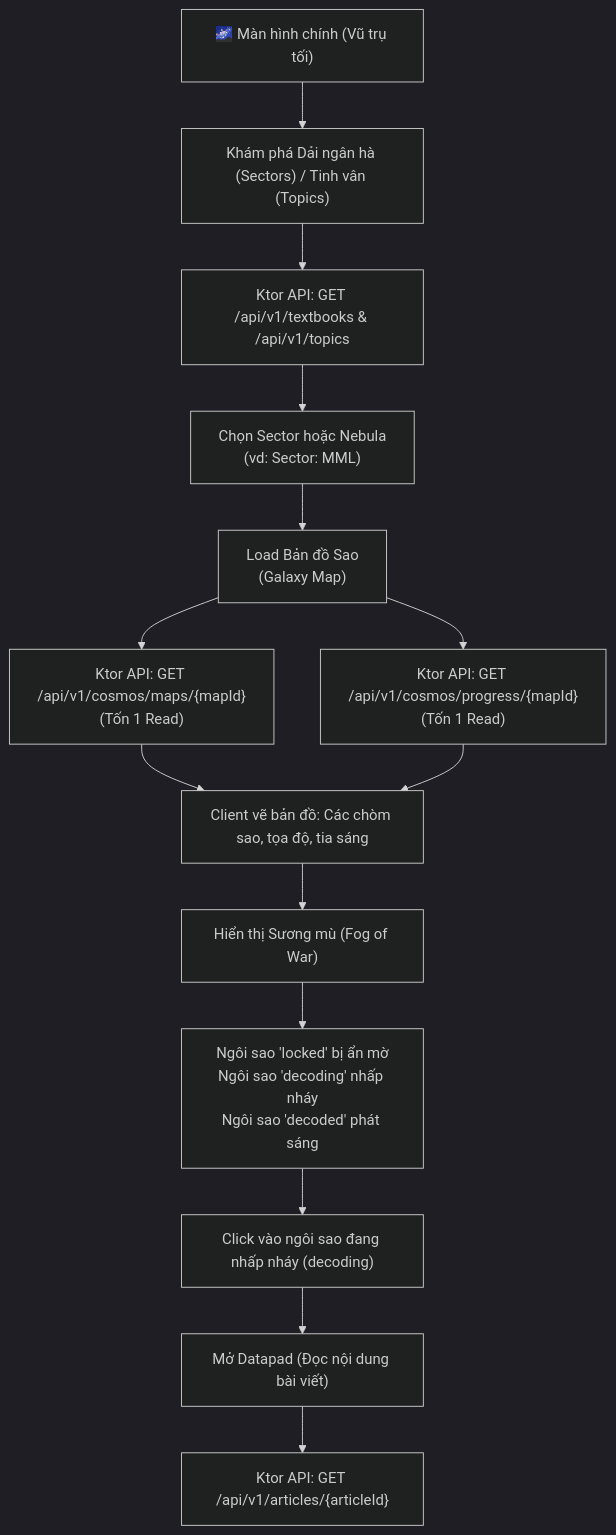
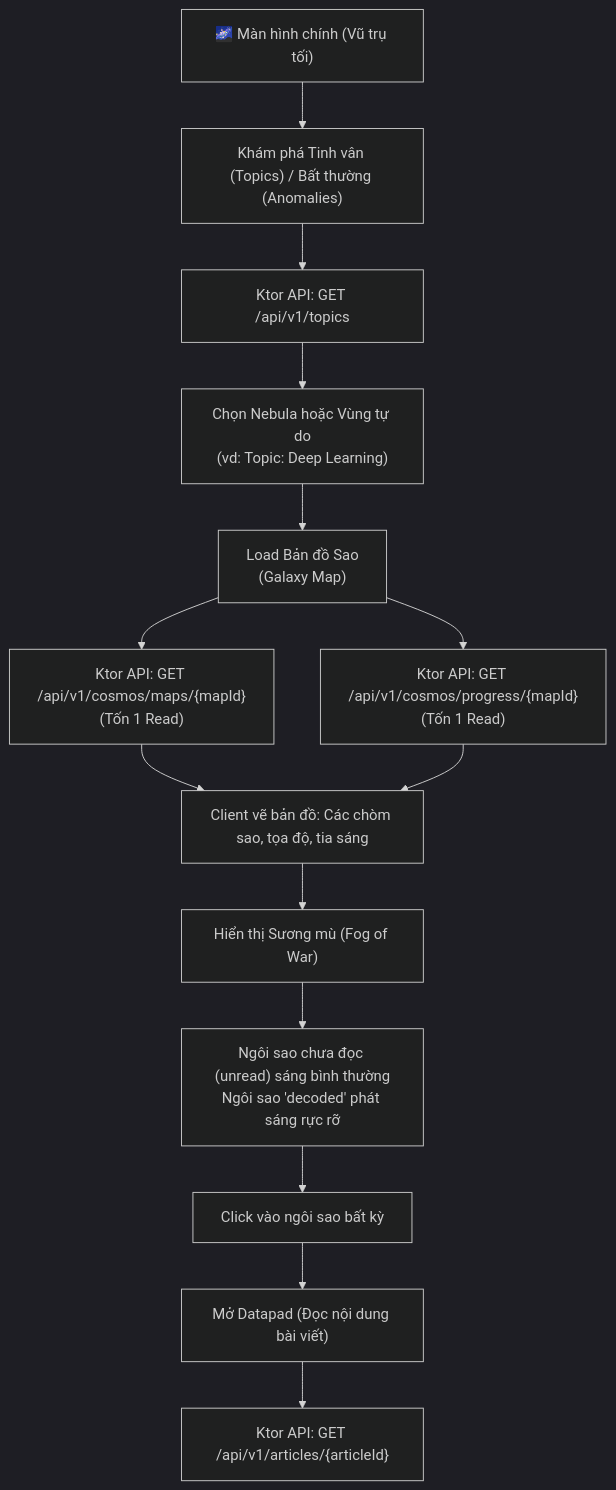
One commit to iAmHieu2012/Sequoia changed the first of 5 diagrams in docs/analysis/user-flows.md. Above: the diagram before and after it, drawn with Mermaid (dark theme). The commit also changed other lines of this file and 30 other files, not shown here.

````diff
--- a/docs/analysis/user-flows.md
+++ b/docs/analysis/user-flows.md
@@ -10,20 +10,19 @@
 ```mermaid
 flowchart TD
-    A["🌌 Màn hình chính (Vũ trụ tối)"] --> B["Khám phá Dải ngân hà (Sectors) / Tinh vân (Topics)"]
-    B --> C["Ktor API: GET /api/v1/textbooks & /api/v1/topics"]
-    C --> D["Chọn Sector hoặc Nebula<br/>(vd: Sector: MML)"]
+    A["🌌 Màn hình chính (Vũ trụ tối)"] --> B["Khám phá Tinh vân (Topics) / Bất thường (Anomalies)"]
+    B --> C["Ktor API: GET /api/v1/topics"]
+    C --> D["Chọn Nebula hoặc Vùng tự do<br/>(vd: Topic: Deep Learning)"]
     D --> E["Load Bản đồ Sao<br/>(Galaxy Map)"]
     
     E --> F["Ktor API: GET /api/v1/cosmos/maps/{mapId}<br/>(Tốn 1 Read)"]
     E --> G["Ktor API: GET /api/v1/cosmos/progress/{mapId}<br/>(Tốn 1 Read)"]
     
     F --> H["Client vẽ bản đồ: Các chòm sao, tọa độ, tia sáng"]
     G --> H
     
     H --> I["Hiển thị Sương mù (Fog of War)"]
-    I --> J["Ngôi sao 'locked' bị ẩn mờ<br/>Ngôi sao 'decoding' nhấp nháy<br/>Ngôi sao 'decoded' phát sáng"]
-    
-    J --> K["Click vào ngôi sao đang nhấp nháy (decoding)"]
+    I --> J["Ngôi sao chưa đọc (unread) sáng bình thường<br/>Ngôi sao 'decoded' phát sáng rực rỡ"]
+    J --> K["Click vào ngôi sao bất kỳ"]
     K --> L["Mở Datapad (Đọc nội dung bài viết)"]
     L --> M["Ktor API: GET /api/v1/articles/{articleId}"]
 ```
````
